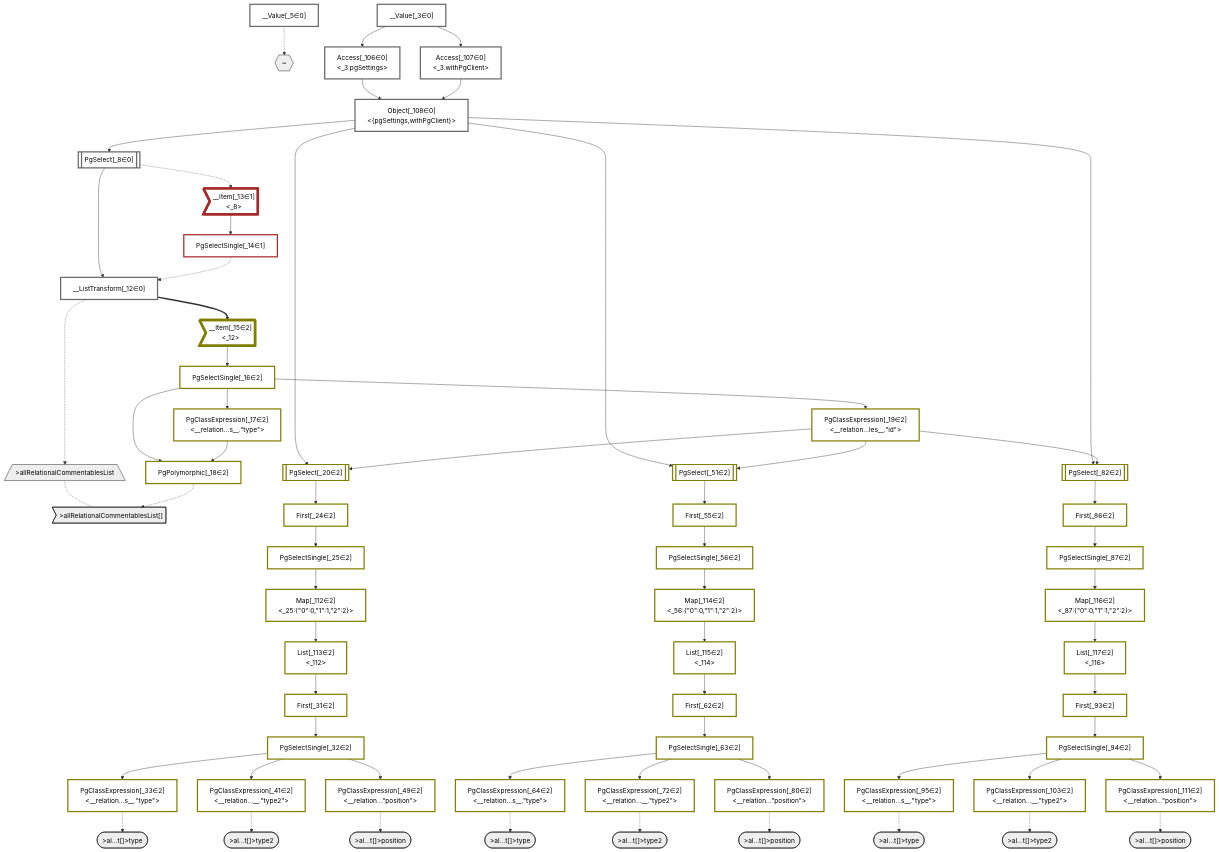
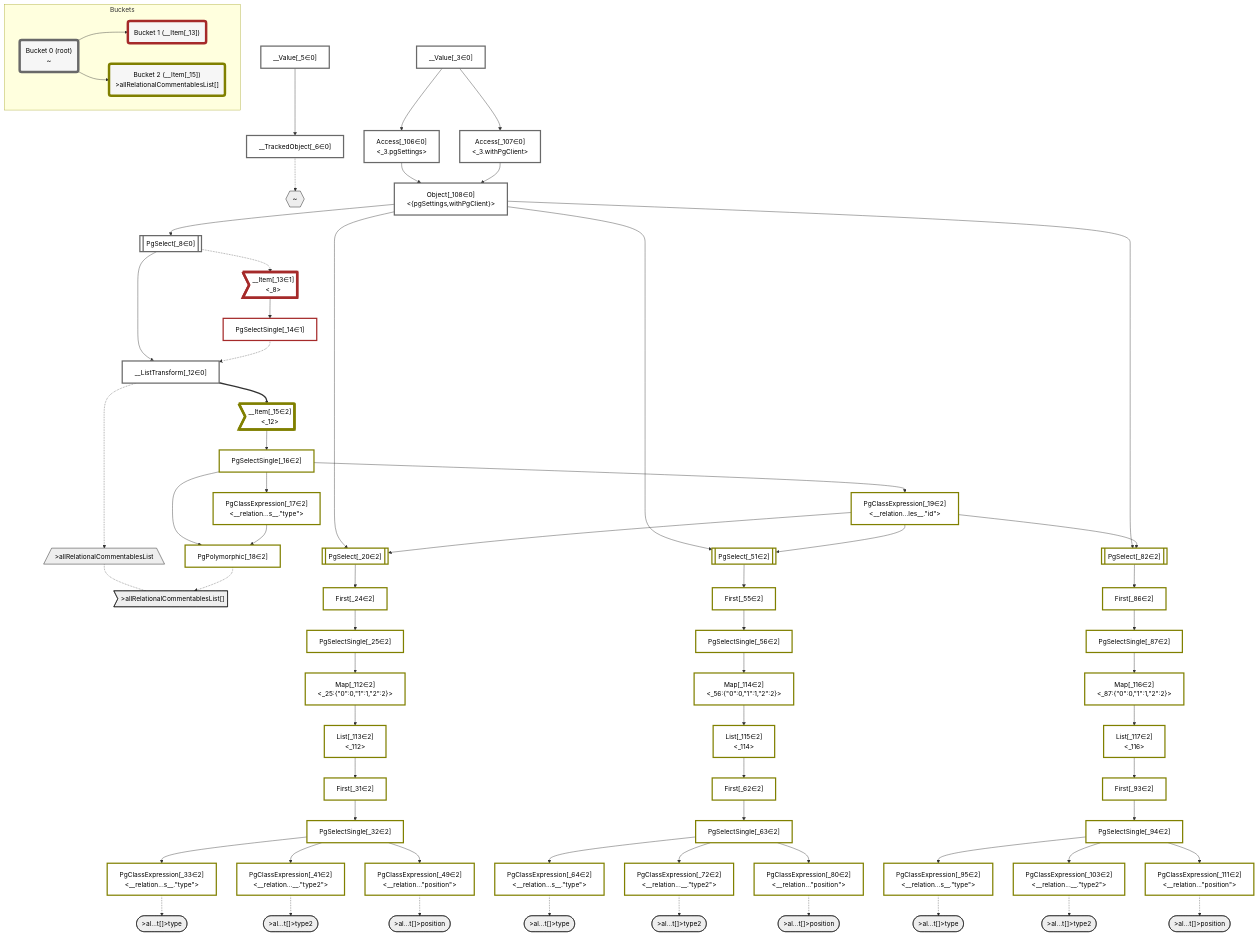
One commit to graphile/crystal changed the diagram in packages/dataplan-pg/__tests__/queries/interfaces-relational/commentables-simple.deopt.mermaid.md. Above: the diagram before and after it, drawn with Mermaid. The commit also changed 195 other files, not shown here.

````diff
--- a/packages/dataplan-pg/__tests__/queries/interfaces-relational/commentables-simple.deopt.mermaid.md
+++ b/packages/dataplan-pg/__tests__/queries/interfaces-relational/commentables-simple.deopt.mermaid.md
@@ -4,6 +4,7 @@
     classDef plan fill:#fff,stroke-width:3px,color:#000
     classDef itemplan fill:#fff,stroke-width:6px,color:#000
     classDef sideeffectplan fill:#f00,stroke-width:6px,color:#000
+    classDef bucket fill:#f6f6f6,color:#000,stroke-width:6px
 
     %% subgraph fields
     P1{{"~"}}:::path
@@ -34,6 +35,7 @@
     %% define plans
     __Value_3["__Value[_3∈0]<br /><context>"]:::plan
     __Value_5["__Value[_5∈0]<br /><rootValue>"]:::plan
+    __TrackedObject_6["__TrackedObject[_6∈0]"]:::plan
     PgSelect_8[["PgSelect[_8∈0]<br /><relational_commentables>"]]:::plan
     __ListTransform_12["__ListTransform[_12∈0]<br /><each:_8>"]:::plan
     __Item_13>"__Item[_13∈1]<br /><_8>"]:::itemplan
@@ -78,6 +80,7 @@
     List_117["List[_117∈2]<br /><_116>"]:::plan
 
     %% plan dependencies
+    __Value_5 --> __TrackedObject_6
     Object_108 --> PgSelect_8
     PgSelect_8 --> __ListTransform_12
     PgSelectSingle_14 -.-> __ListTransform_12
@@ -128,7 +131,7 @@
     Map_116 --> List_117
 
     %% plan-to-path relationships
-    __Value_5 -.-> P1
+    __TrackedObject_6 -.-> P1
     __ListTransform_12 -.-> P2
     PgPolymorphic_18 -.-> P3
     PgClassExpression_33 -.-> P4
@@ -143,9 +146,20 @@
 
     %% allocate buckets
     classDef bucket0 stroke:#696969
-    class __Value_3,__Value_5,PgSelect_8,__ListTransform_12,Access_106,Access_107,Object_108 bucket0
+    class __Value_3,__Value_5,__TrackedObject_6,PgSelect_8,__ListTransform_12,Access_106,Access_107,Object_108 bucket0
     classDef bucket1 stroke:#a52a2a
     class __Item_13,PgSelectSingle_14 bucket1
     classDef bucket2 stroke:#808000
     class __Item_15,PgSelectSingle_16,PgClassExpression_17,PgPolymorphic_18,PgClassExpression_19,PgSelect_20,First_24,PgSelectSingle_25,First_31,PgSelectSingle_32,PgClassExpression_33,PgClassExpression_41,PgClassExpression_49,PgSelect_51,First_55,PgSelectSingle_56,First_62,PgSelectSingle_63,PgClassExpression_64,PgClassExpression_72,PgClassExpression_80,PgSelect_82,First_86,PgSelectSingle_87,First_93,PgSelectSingle_94,PgClassExpression_95,PgClassExpression_103,PgClassExpression_111,Map_112,List_113,Map_114,List_115,Map_116,List_117 bucket2
+
+    subgraph Buckets
+    Bucket0("Bucket 0 (root)<br />~"):::bucket
+    style Bucket0 stroke:#696969
+    Bucket1("Bucket 1 (__Item[_13])<br />"):::bucket
+    style Bucket1 stroke:#a52a2a
+    Bucket0 --> Bucket1
+    Bucket2("Bucket 2 (__Item[_15])<br />>allRelationalCommentablesList[]"):::bucket
+    style Bucket2 stroke:#808000
+    Bucket0 --> Bucket2
+    end
 ```
````
